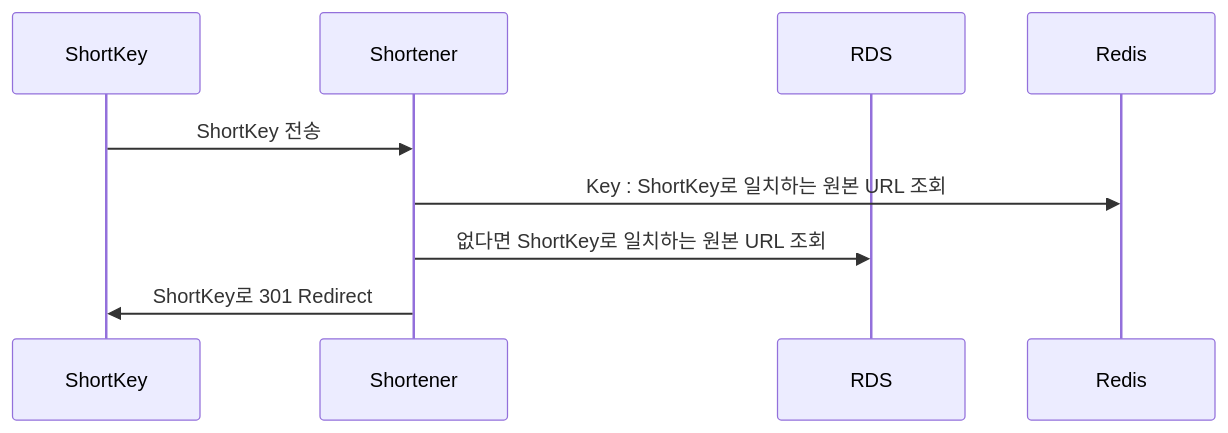
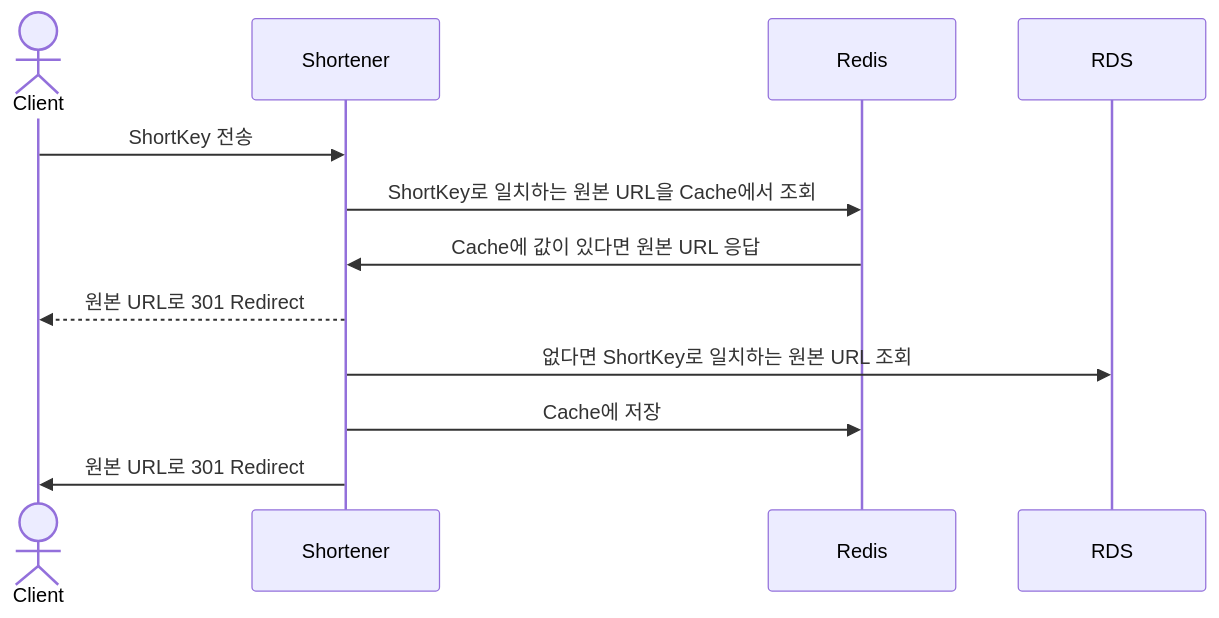
Before and after one commit to hojihun5516/url-shortener: the second of 2 diagrams in README.md, drawn with Mermaid. The commit also changed other lines of this file, not shown here.

````diff
--- a/README.md
+++ b/README.md
@@ -20,11 +44,16 @@
 ```mermaid
 sequenceDiagram
-    participant user as ShortKey
+		actor user as Client
     participant shortener as Shortener
+    participant redis as Redis
     participant rds as RDS
-    participant redis as Redis
+
     user->>shortener: ShortKey 전송
-    shortener->>redis: Key : ShortKey로 일치하는 원본 URL 조회
+    shortener->>redis: ShortKey로 일치하는 원본 URL을 Cache에서 조회
+		redis->>shortener: Cache에 값이 있다면 원본 URL 응답
+		shortener-->>user: 원본 URL로 301 Redirect
+
     shortener->>rds: 없다면 ShortKey로 일치하는 원본 URL 조회
-    shortener->>user: ShortKey로 301 Redirect
+    shortener->>redis: Cache에 저장
+    shortener->>user: 원본 URL로 301 Redirect
 ```
````
